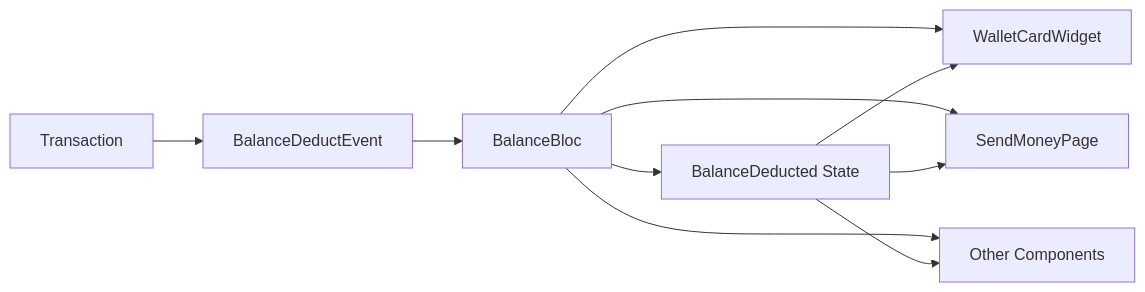
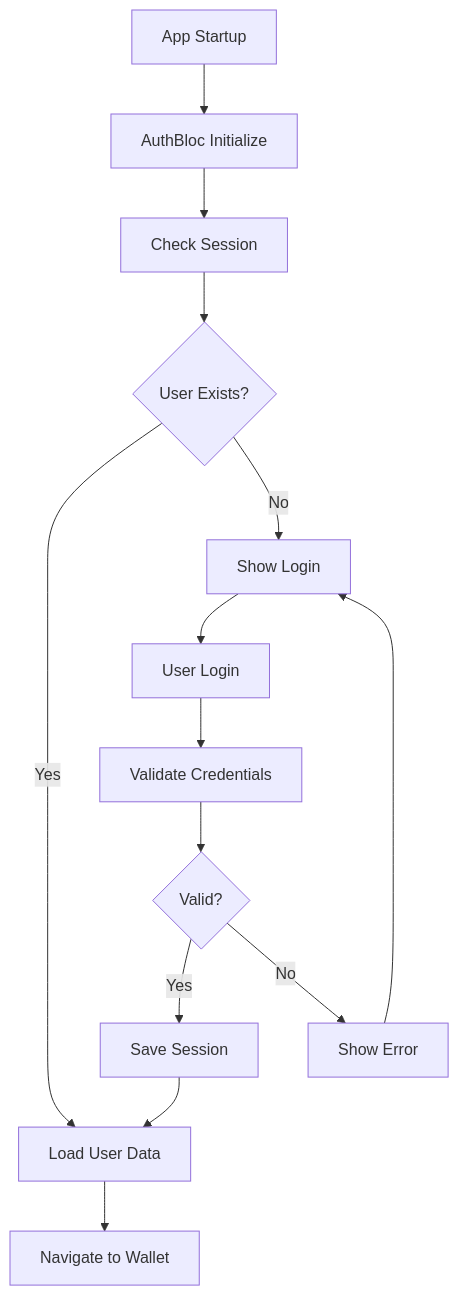
Diagram 12 of 12 in DESIGN.md (r2am9d/payora), drawn with Mermaid before and after one commit. The commit also changed other lines of this file and 153 other files, not shown here.

````diff
--- a/DESIGN.md
+++ b/DESIGN.md
@@ -319,13 +572,16 @@
 ```mermaid
-graph LR
-    A[BalanceBloc] --> B[WalletCardWidget]
-    A --> C[SendMoneyPage]
-    A --> D[Other Components]
-    
-    E[Transaction] --> F[BalanceDeductEvent]
-    F --> A
-    A --> G[BalanceDeducted State]
-    G --> B
-    G --> C
-    G --> D
+graph TD
+    A[App Startup] --> B[AuthBloc Initialize]
+    B --> C[Check Session]
+    C --> D{User Exists?}
+    D -->|Yes| E[Load User Data]
+    D -->|No| F[Show Login]
+    E --> G[Navigate to Wallet]
+    F --> H[User Login]
+    H --> I[Validate Credentials]
+    I --> J{Valid?}
+    J -->|Yes| K[Save Session]
+    J -->|No| L[Show Error]
+    K --> E
+    L --> F
 ```
````
